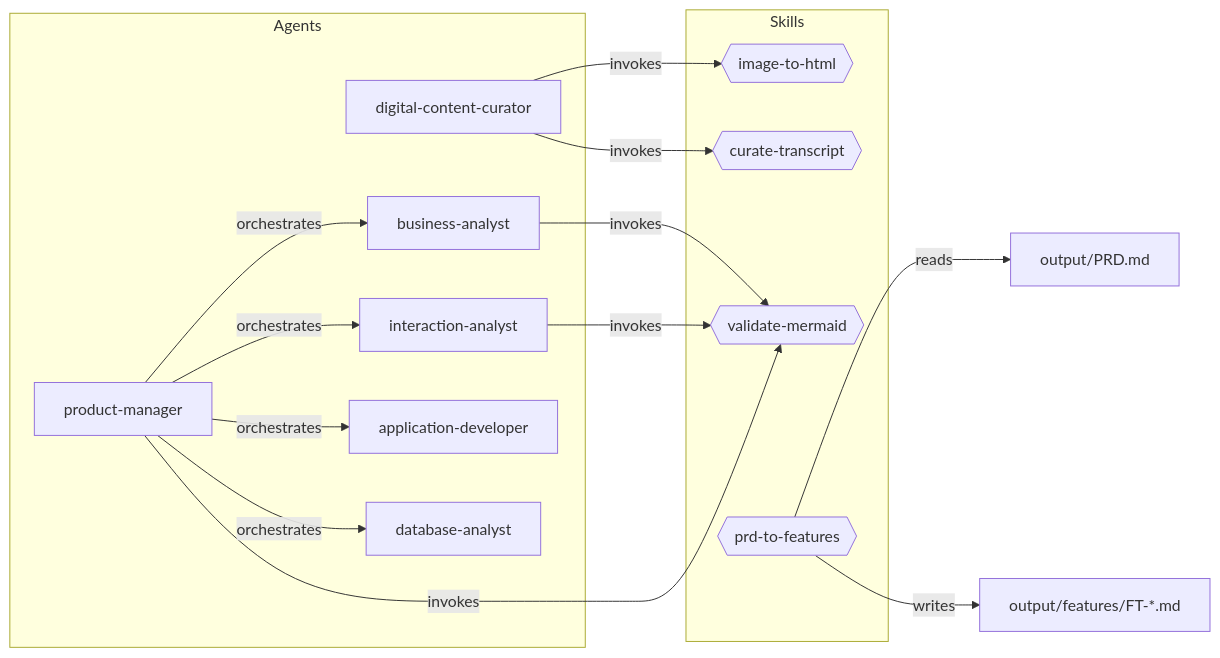
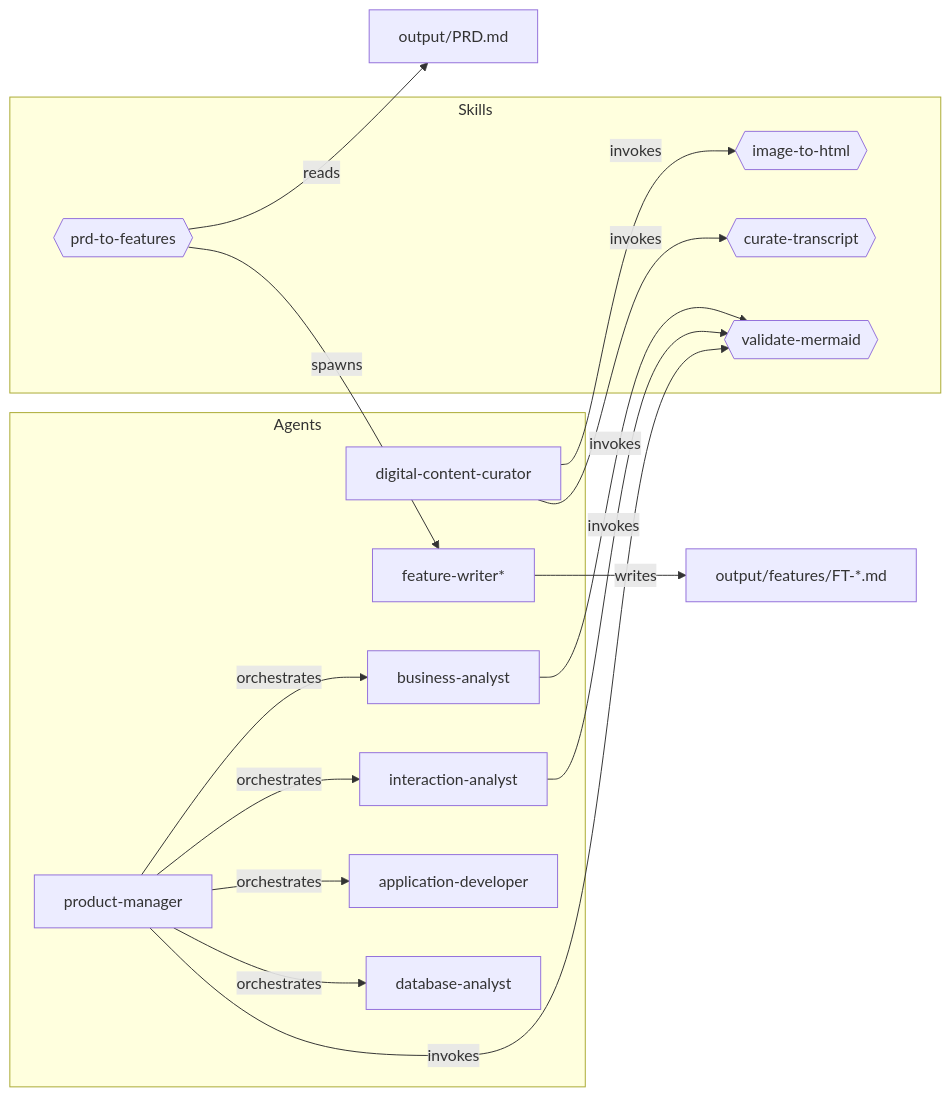
Before and after one commit to martfo/claude-legacy-reveng-plugin: the first of 2 diagrams in README.md, drawn with Mermaid. The commit also changed other lines of this file and 2 other files, not shown here.

Commit message:
feat: decompose prd-to-features into orchestrator skill and feature-writer agent
Introduces a dedicated feature-writer agent that owns the 21-section LAP feature template, replacing the previous approach of embedding the template in the skill and relying on subagents to reproduce it at runtime. The prd-to-features skill now acts as a pure orchestrator — reading the PRD, planning feature boundaries with ultrathink, and spawning parallel feature-writer agents with verbatim PRD content and shared context in each prompt.

````diff
--- a/README.md
+++ b/README.md
@@ -115,33 +115,35 @@
 ```mermaid
 graph LR
     subgraph Skills
         i2h{{image-to-html}}
         ct{{curate-transcript}}
         vm{{validate-mermaid}}
         p2f{{prd-to-features}}
     end
 
     subgraph Agents
         curator[digital-content-curator]
         ba[business-analyst]
         ia[interaction-analyst]
         ad[application-developer]
         da[database-analyst]
         pm[product-manager]
+        fw[feature-writer*]
     end
 
     curator -->|invokes| i2h
     curator -->|invokes| ct
 
     pm -->|orchestrates| ba
     pm -->|orchestrates| ia
     pm -->|orchestrates| ad
     pm -->|orchestrates| da
 
     ba -->|invokes| vm
     ia -->|invokes| vm
     pm -->|invokes| vm
 
     p2f -->|reads| prd[output/PRD.md]
-    p2f -->|writes| ft[output/features/FT-*.md]
+    p2f -->|spawns| fw
+    fw -->|writes| ft[output/features/FT-*.md]
 ```
````
